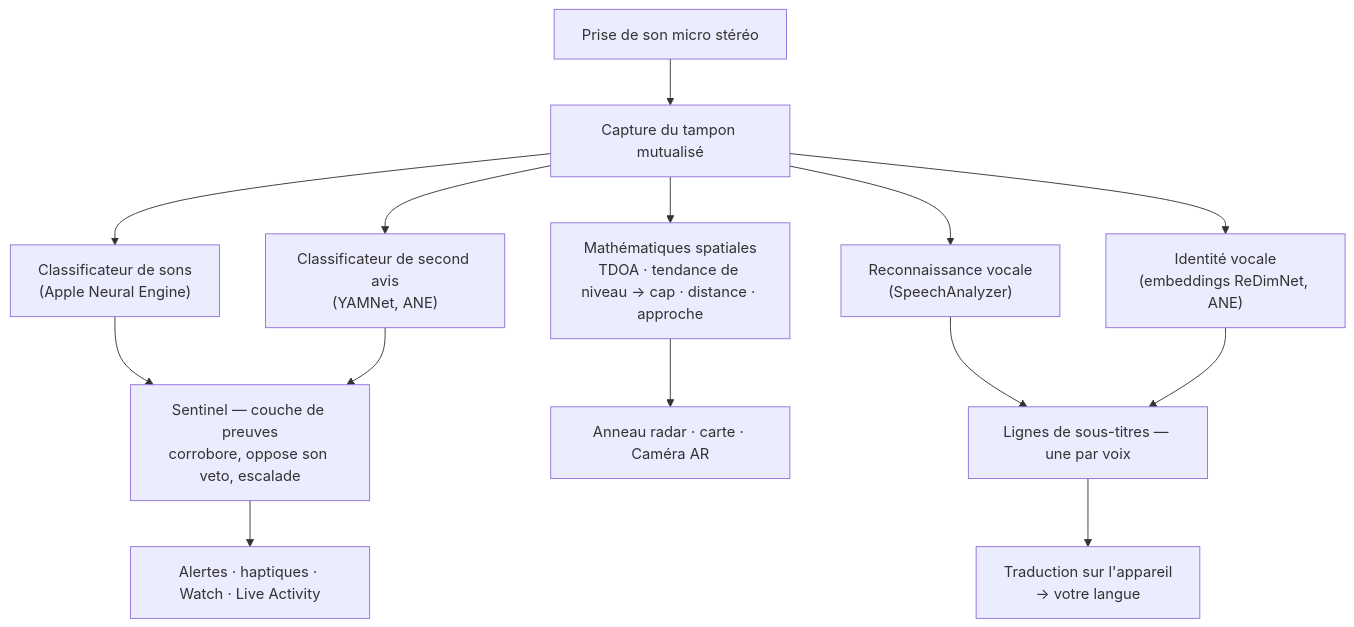
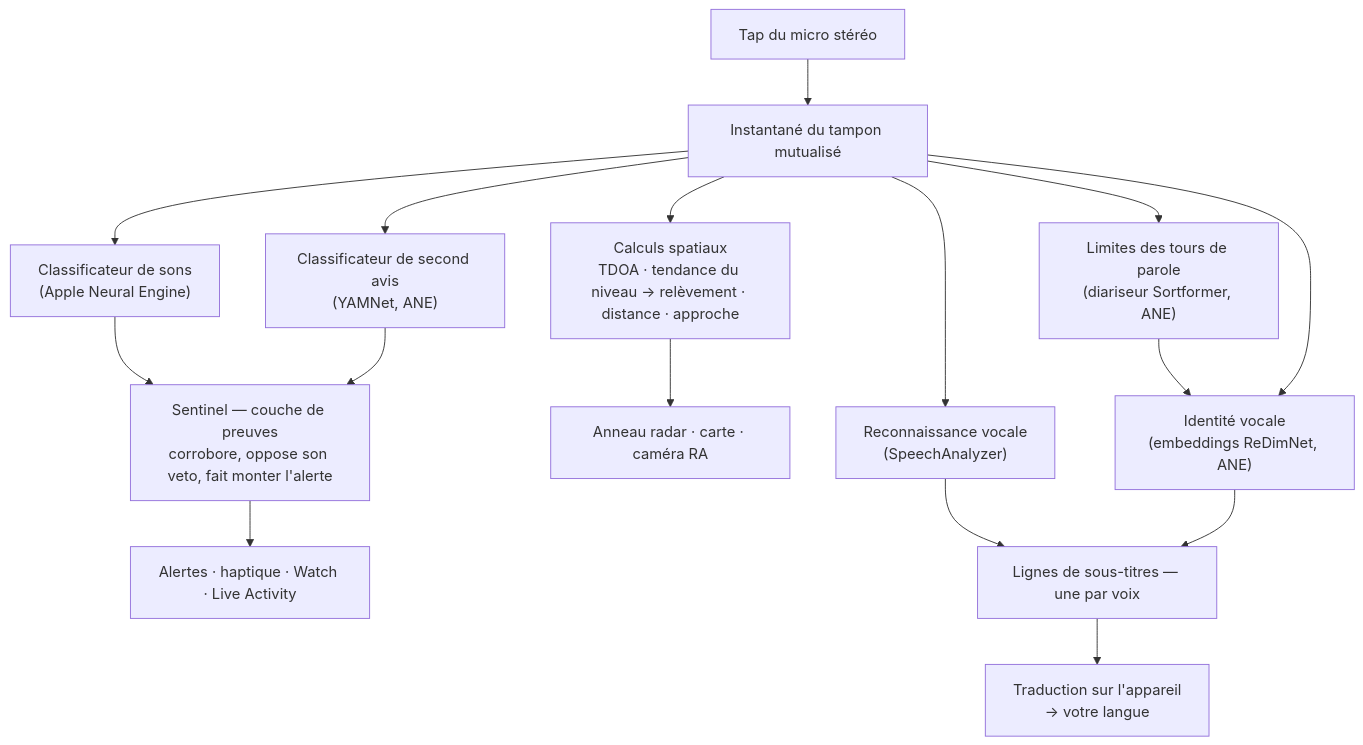
One commit to rpalm01-star/VigilantEarLegal changed the second of 4 diagrams in README_fr.md. Above: the diagram before and after it, drawn with Mermaid. The commit also changed other lines of this file and 29 other files, not shown here.

````diff
--- a/README_fr.md
+++ b/README_fr.md
@@ -128,16 +134,18 @@
 ```mermaid
 graph TD
-    A["Prise de son micro stéréo"] --> B["Capture du tampon mutualisé"]
+    A["Tap du micro stéréo"] --> B["Instantané du tampon mutualisé"]
     B --> C["Classificateur de sons<br/>(Apple Neural Engine)"]
     B --> Y["Classificateur de second avis<br/>(YAMNet, ANE)"]
-    C --> S["Sentinel — couche de preuves<br/>corrobore, oppose son veto, escalade"]
+    C --> S["Sentinel — couche de preuves<br/>corrobore, oppose son veto, fait monter l'alerte"]
     Y --> S
-    S --> H["Alertes · haptiques · Watch · Live Activity"]
-    B --> D["Mathématiques spatiales<br/>TDOA · tendance de niveau → cap · distance · approche"]
-    D --> R["Anneau radar · carte · Caméra AR"]
+    S --> H["Alertes · haptique · Watch · Live Activity"]
+    B --> D["Calculs spatiaux<br/>TDOA · tendance du niveau → relèvement · distance · approche"]
+    D --> R["Anneau radar · carte · caméra RA"]
     B --> F["Reconnaissance vocale<br/>(SpeechAnalyzer)"]
-    B --> E["Identité vocale<br/>(embeddings ReDimNet, ANE)"]
+    B --> N["Limites des tours de parole<br/>(diariseur Sortformer, ANE)"]
+    N --> E["Identité vocale<br/>(embeddings ReDimNet, ANE)"]
+    B --> E
     F --> G["Lignes de sous-titres — une par voix"]
     E --> G
     G --> T["Traduction sur l'appareil<br/>→ votre langue"]
 ```
````
